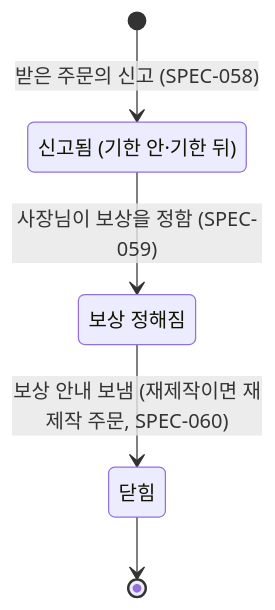
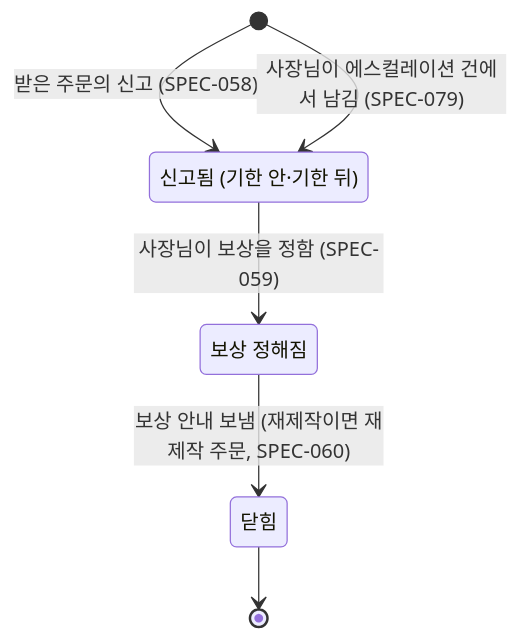
Before and after one commit to kodonghui/siljang.ai: the sixth of 8 diagrams in docs/04-functional-spec/spec.md, drawn with Mermaid. The commit also changed other lines of this file and 43 other files, not shown here.

````diff
--- a/docs/04-functional-spec/spec.md
+++ b/docs/04-functional-spec/spec.md
@@ -210,10 +210,11 @@
 ```mermaid
 stateDiagram-v2
   state "신고됨 (기한 안·기한 뒤)" as reported
   state "보상 정해짐" as decided
   state "닫힘" as closed
   [*] --> reported: 받은 주문의 신고 (SPEC-058)
+  [*] --> reported: 사장님이 에스컬레이션 건에서 남김 (SPEC-079)
   reported --> decided: 사장님이 보상을 정함 (SPEC-059)
   decided --> closed: 보상 안내 보냄 (재제작이면 재제작 주문, SPEC-060)
   closed --> [*]
 ```
````
